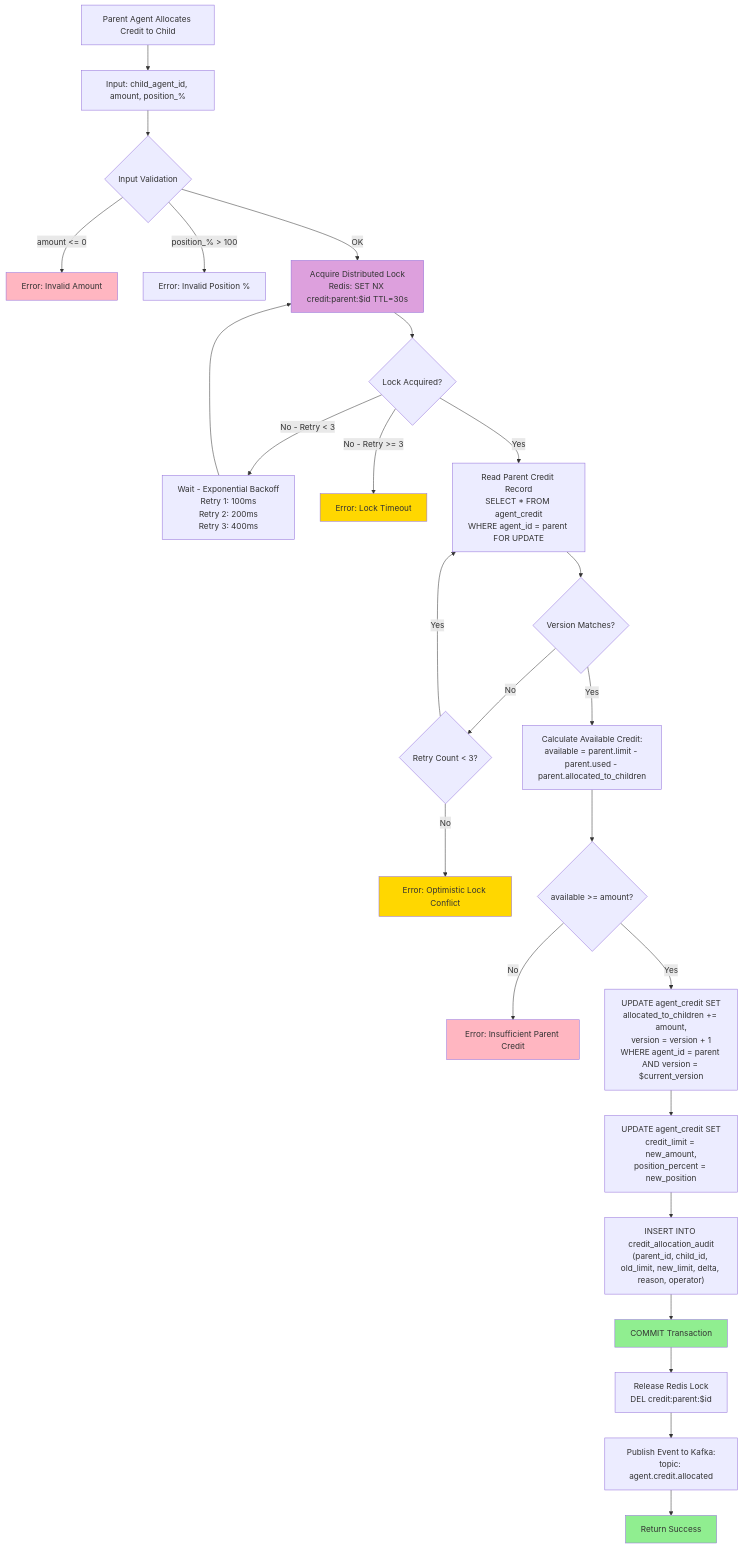
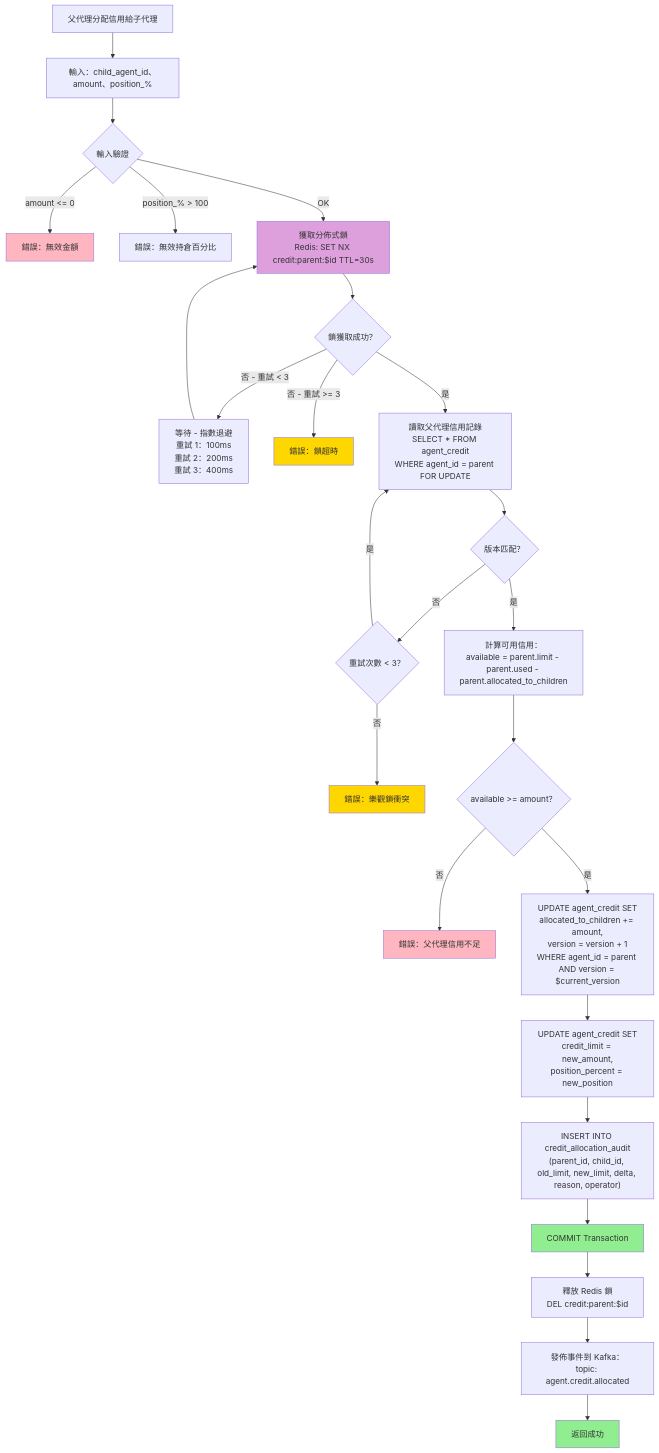
Before and after one commit to ron03wlb/smart-admin: the second of 3 diagrams in docs/iGaming/architecture/07_Agent_Service/Credit_Network_Architecture.md, drawn with Mermaid. The commit also changed other lines of this file and 4 other files, not shown here.

````diff
--- a/docs/iGaming/architecture/07_Agent_Service/Credit_Network_Architecture.md
+++ b/docs/iGaming/architecture/07_Agent_Service/Credit_Network_Architecture.md
@@ -52,46 +52,46 @@
 ```mermaid
 flowchart TD
-    START[Parent Agent Allocates Credit to Child] --> INPUT[Input: child_agent_id, amount, position_%]
+    START[父代理分配信用給子代理] --> INPUT[輸入：child_agent_id、amount、position_%]
 
-    INPUT --> VALIDATE1{Input Validation}
-    VALIDATE1 -->|amount <= 0| ERR1[Error: Invalid Amount]
-    VALIDATE1 -->|position_% > 100| ERR2[Error: Invalid Position %]
+    INPUT --> VALIDATE1{輸入驗證}
+    VALIDATE1 -->|amount <= 0| ERR1[錯誤：無效金額]
+    VALIDATE1 -->|position_% > 100| ERR2[錯誤：無效持倉百分比]
     VALIDATE1 -->|OK| LOCK
 
-    LOCK["Acquire Distributed Lock<br/>Redis: SET NX credit:parent:$id TTL=30s"] --> LOCK_CHECK{Lock Acquired?}
-    LOCK_CHECK -->|No - Retry < 3| WAIT["Wait - Exponential Backoff<br/>Retry 1: 100ms<br/>Retry 2: 200ms<br/>Retry 3: 400ms"]
+    LOCK["獲取分佈式鎖<br/>Redis: SET NX credit:parent:$id TTL=30s"] --> LOCK_CHECK{鎖獲取成功？}
+    LOCK_CHECK -->|否 - 重試 < 3| WAIT["等待 - 指數退避<br/>重試 1：100ms<br/>重試 2：200ms<br/>重試 3：400ms"]
     WAIT --> LOCK
-    LOCK_CHECK -->|No - Retry >= 3| ERR4["Error: Lock Timeout"]
-    LOCK_CHECK -->|Yes| READ_PARENT
+    LOCK_CHECK -->|否 - 重試 >= 3| ERR4["錯誤：鎖超時"]
+    LOCK_CHECK -->|是| READ_PARENT
 
-    READ_PARENT["Read Parent Credit Record<br/>SELECT * FROM agent_credit<br/>WHERE agent_id = parent FOR UPDATE"] --> VERSION_CHECK{Version Matches?}
-    VERSION_CHECK -->|No| RETRY_VERSION{Retry Count < 3?}
-    RETRY_VERSION -->|Yes| READ_PARENT
-    RETRY_VERSION -->|No| ERR5["Error: Optimistic Lock Conflict"]
+    READ_PARENT["讀取父代理信用記錄<br/>SELECT * FROM agent_credit<br/>WHERE agent_id = parent FOR UPDATE"] --> VERSION_CHECK{版本匹配？}
+    VERSION_CHECK -->|否| RETRY_VERSION{重試次數 < 3？}
+    RETRY_VERSION -->|是| READ_PARENT
+    RETRY_VERSION -->|否| ERR5["錯誤：樂觀鎖衝突"]
 
-    VERSION_CHECK -->|Yes| CALC_AVAILABLE
-    CALC_AVAILABLE["Calculate Available Credit:<br/>available = parent.limit - parent.used - parent.allocated_to_children"]
+    VERSION_CHECK -->|是| CALC_AVAILABLE
+    CALC_AVAILABLE["計算可用信用：<br/>available = parent.limit - parent.used - parent.allocated_to_children"]
 
-    CALC_AVAILABLE --> AVAILABLE_CHECK{available >= amount?}
-    AVAILABLE_CHECK -->|No| ERR6["Error: Insufficient Parent Credit"]
-    AVAILABLE_CHECK -->|Yes| UPDATE_PARENT
+    CALC_AVAILABLE --> AVAILABLE_CHECK{available >= amount？}
+    AVAILABLE_CHECK -->|否| ERR6["錯誤：父代理信用不足"]
+    AVAILABLE_CHECK -->|是| UPDATE_PARENT
 
     UPDATE_PARENT["UPDATE agent_credit SET<br/>allocated_to_children += amount,<br/>version = version + 1<br/>WHERE agent_id = parent AND version = $current_version"]
 
     UPDATE_PARENT --> UPDATE_CHILD["UPDATE agent_credit SET<br/>credit_limit = new_amount,<br/>position_percent = new_position"]
 
     UPDATE_CHILD --> INSERT_AUDIT["INSERT INTO credit_allocation_audit<br/>(parent_id, child_id, old_limit, new_limit, delta, reason, operator)"]
 
     INSERT_AUDIT --> COMMIT[COMMIT Transaction]
-    COMMIT --> RELEASE_LOCK["Release Redis Lock<br/>DEL credit:parent:$id"]
-    RELEASE_LOCK --> PUBLISH_EVENT["Publish Event to Kafka:<br/>topic: agent.credit.allocated"]
-    PUBLISH_EVENT --> SUCCESS["Return Success"]
+    COMMIT --> RELEASE_LOCK["釋放 Redis 鎖<br/>DEL credit:parent:$id"]
+    RELEASE_LOCK --> PUBLISH_EVENT["發佈事件到 Kafka：<br/>topic: agent.credit.allocated"]
+    PUBLISH_EVENT --> SUCCESS["返回成功"]
 
     style SUCCESS fill:#90EE90
     style ERR1 fill:#FFB6C1
     style ERR4 fill:#FFD700
     style ERR5 fill:#FFD700
     style ERR6 fill:#FFB6C1
     style LOCK fill:#DDA0DD
     style COMMIT fill:#90EE90
 ```
````
